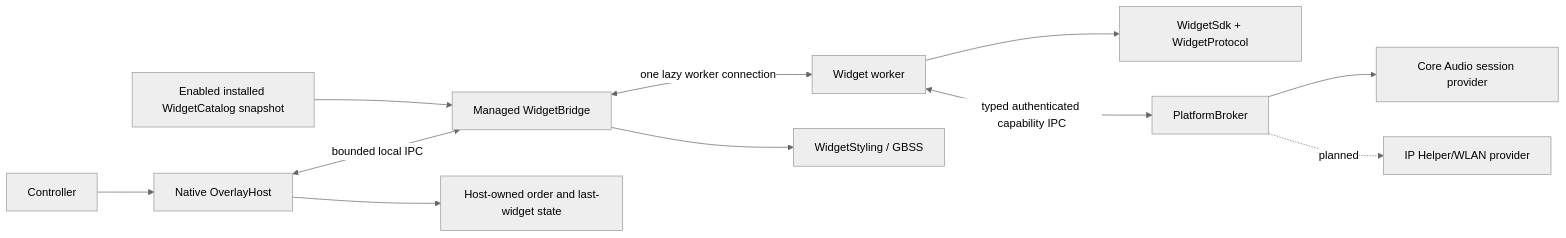
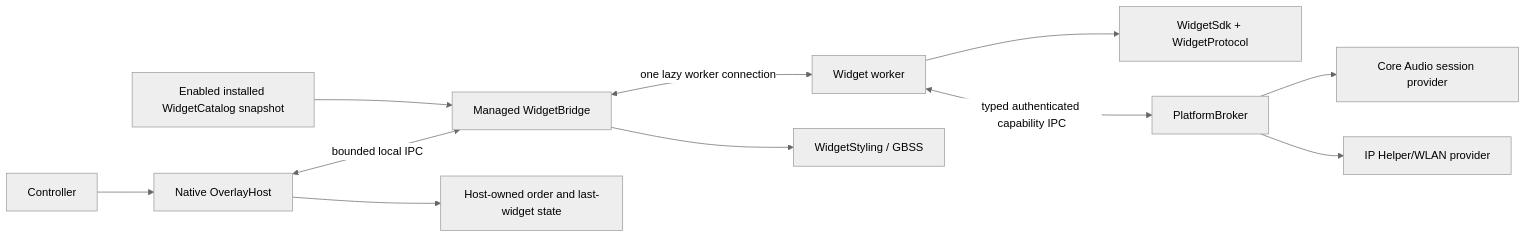
The diagram in docs/platform-architecture.md (sandwi-dev/WidgetRail), drawn with Mermaid (neutral theme) before and after one commit. The commit also changed other lines of this file and 44 other files, not shown here.

````diff
--- a/docs/platform-architecture.md
+++ b/docs/platform-architecture.md
@@ -10,13 +10,13 @@
 ```mermaid
 flowchart LR
     Controller["Controller"] --> Host["Native OverlayHost"]
     Host <-->|"bounded local IPC"| Bridge["Managed WidgetBridge"]
     Bridge <-->|"one lazy worker connection"| Worker["Widget worker"]
     Worker --> SDK["WidgetSdk + WidgetProtocol"]
     Bridge --> Styling["WidgetStyling / GBSS"]
     Worker <-->|"typed authenticated capability IPC"| Broker["PlatformBroker"]
     Broker --> Audio["Core Audio session provider"]
-    Broker -. "planned" .-> Network["IP Helper/WLAN provider"]
+    Broker --> Network["IP Helper/WLAN provider"]
     Host --> State["Host-owned order and last-widget state"]
     Catalog["Enabled installed WidgetCatalog snapshot"] --> Bridge
 ```
````
